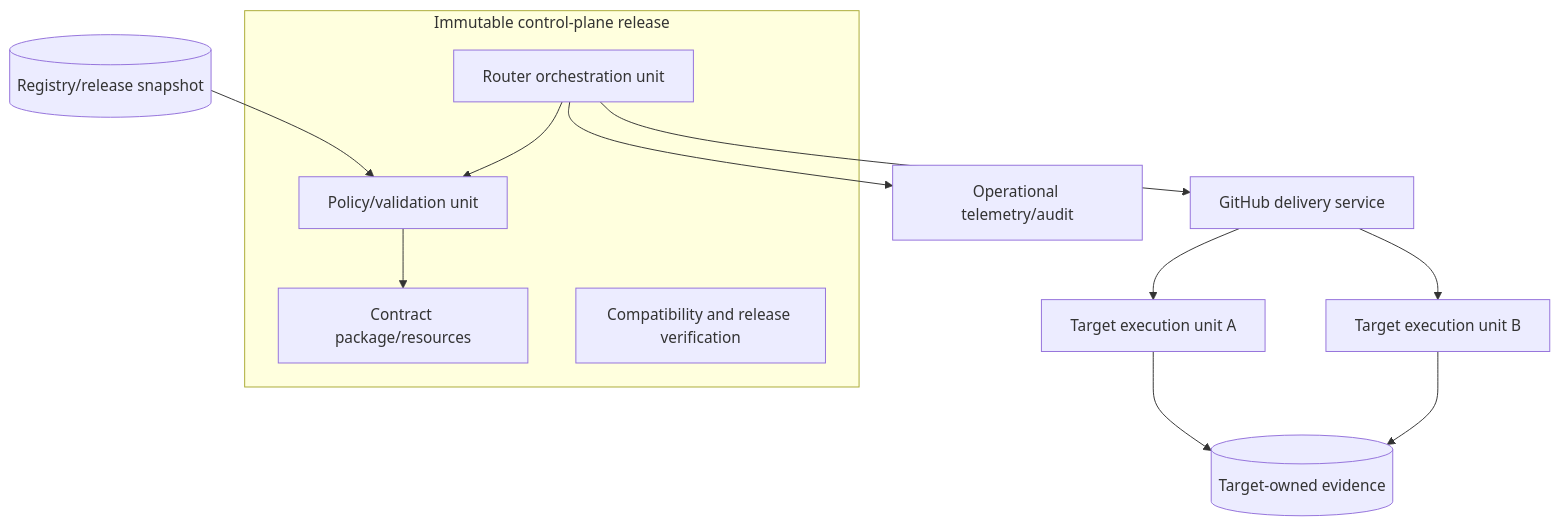
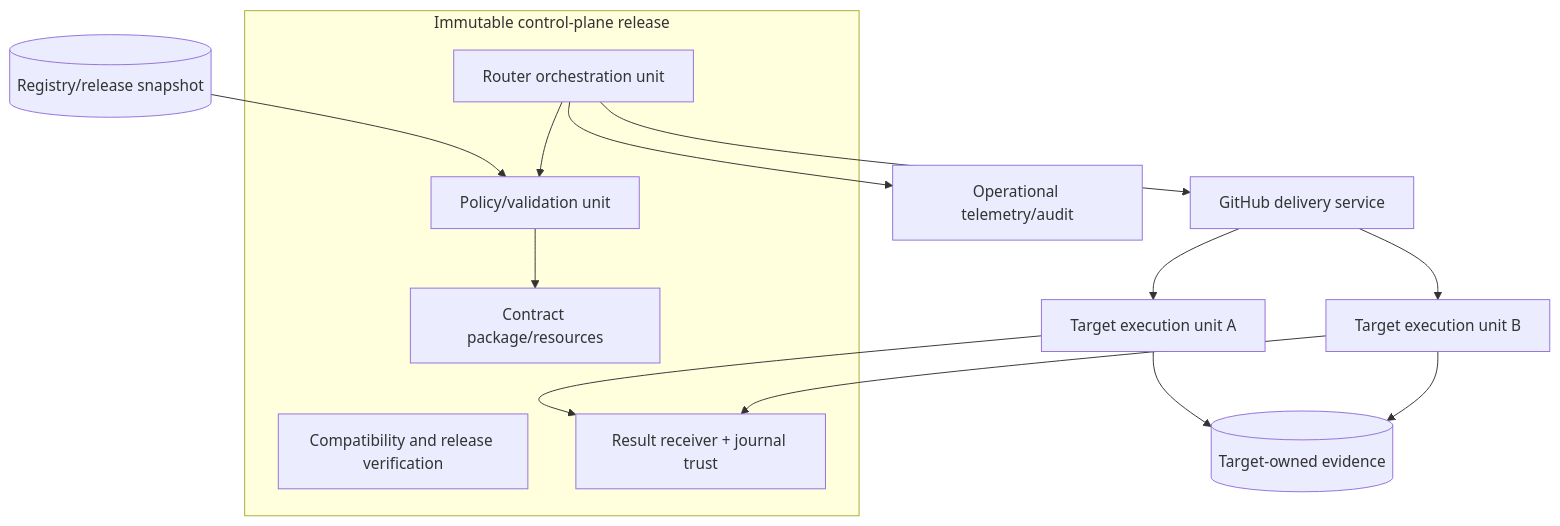
The diagram in docs/architecture/DeploymentArchitecture.md (Young-Consultations/.github), drawn with Mermaid before and after one commit. The commit also changed other lines of this file and 40 other files, not shown here.

````diff
--- a/docs/architecture/DeploymentArchitecture.md
+++ b/docs/architecture/DeploymentArchitecture.md
@@ -5,18 +5,21 @@
 ```mermaid
 flowchart TB
   subgraph ControlRelease[Immutable control-plane release]
     W[Router orchestration unit]
     P[Policy/validation unit]
     C[Contract package/resources]
     V[Compatibility and release verification]
+    R[Result receiver + journal trust]
   end
   S[(Registry/release snapshot)] --> P
   W --> P
   P --> C
   W --> G[GitHub delivery service]
   G --> T1[Target execution unit A]
   G --> T2[Target execution unit B]
   T1 --> E[(Target-owned evidence)]
   T2 --> E
+  T1 --> R
+  T2 --> R
   W --> O[Operational telemetry/audit]
 ```
````
